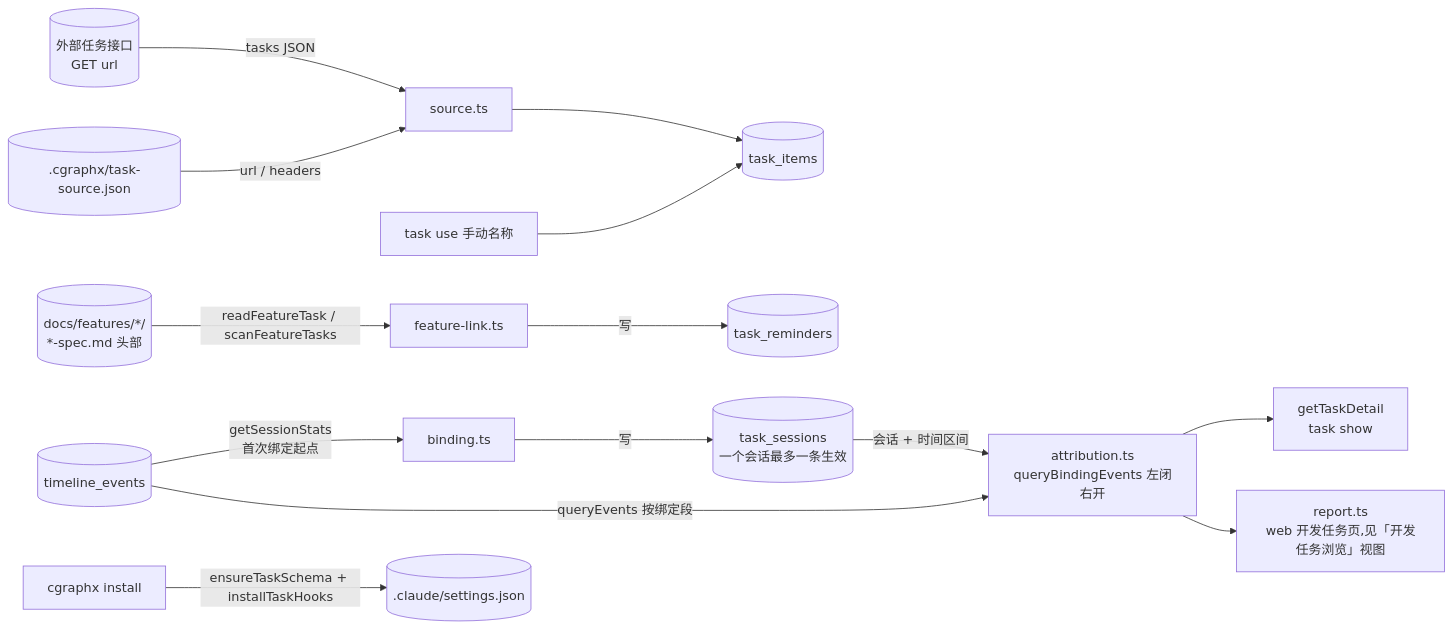
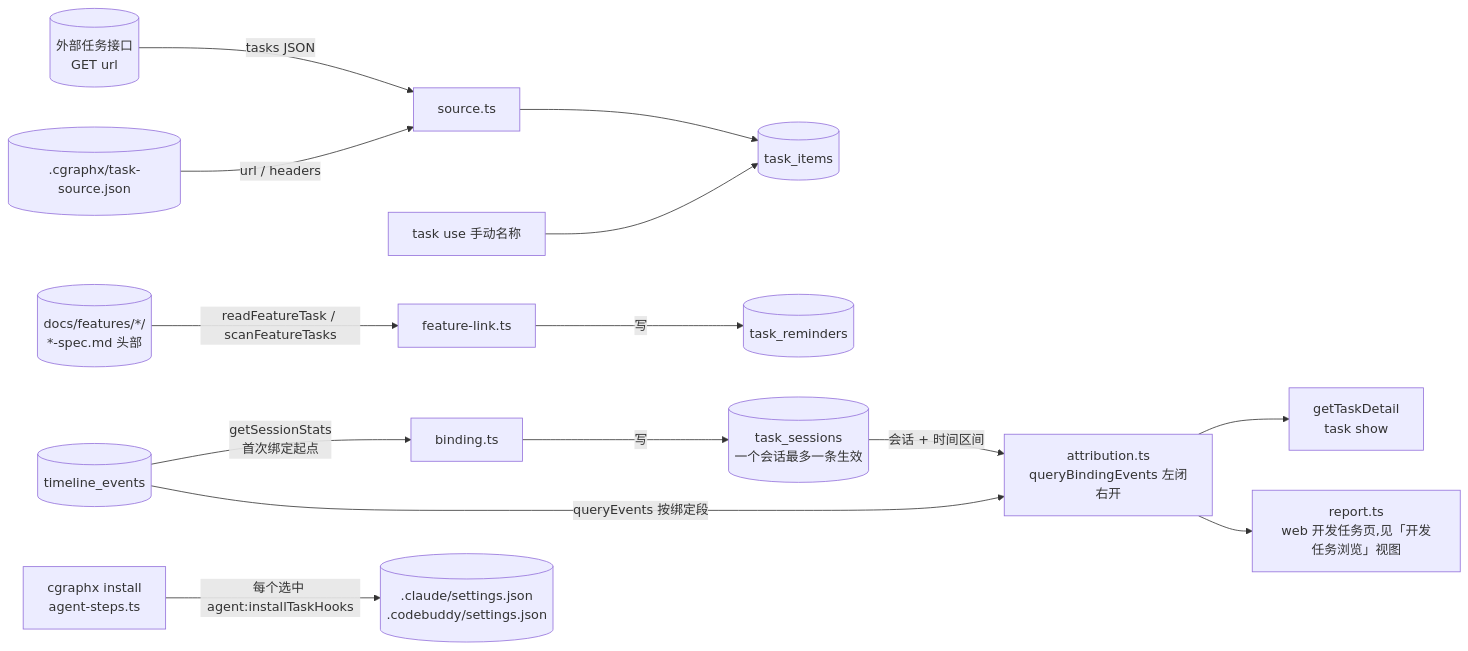
Before and after one commit to smdnkB/cgraphx: the third of 3 diagrams in docs/code-map/flows/开发任务绑定.md, drawn with Mermaid. The commit also changed other lines of this file and 5 other files, not shown here.

First line of the commit message:
docs: 多 agent 适配知识沉淀 + 刷新代码地图

````diff
--- a/docs/code-map/flows/开发任务绑定.md
+++ b/docs/code-map/flows/开发任务绑定.md
@@ -98,16 +122,16 @@
 ```mermaid
 flowchart LR
   api[(外部任务接口<br/>GET url)] -- tasks JSON --> src[source.ts]
   cfg[(.cgraphx/task-source.json)] -- url / headers --> src
   src --> items[(task_items)]
   manual[task use 手动名称] --> items
   bind[binding.ts] -- 写 --> sess[(task_sessions<br/>一个会话最多一条生效)]
   fl[feature-link.ts] -- 写 --> rem[(task_reminders)]
   specs[(docs/features/*/<br/>*-spec.md 头部)] -- readFeatureTask / scanFeatureTasks --> fl
   ev[(timeline_events)] -- getSessionStats<br/>首次绑定起点 --> bind
   sess -- 会话 + 时间区间 --> attr[attribution.ts<br/>queryBindingEvents 左闭右开]
   ev -- queryEvents 按绑定段 --> attr
   attr --> show[getTaskDetail<br/>task show]
   attr --> rep[report.ts<br/>web 开发任务页,见「开发任务浏览」视图]
-  inst[cgraphx install] -- ensureTaskSchema + installTaskHooks --> settings[(.claude/settings.json)]
+  inst[cgraphx install<br/>agent-steps.ts] -- 每个选中 agent:installTaskHooks --> settings[(.claude/settings.json<br/>.codebuddy/settings.json)]
 ```
````
